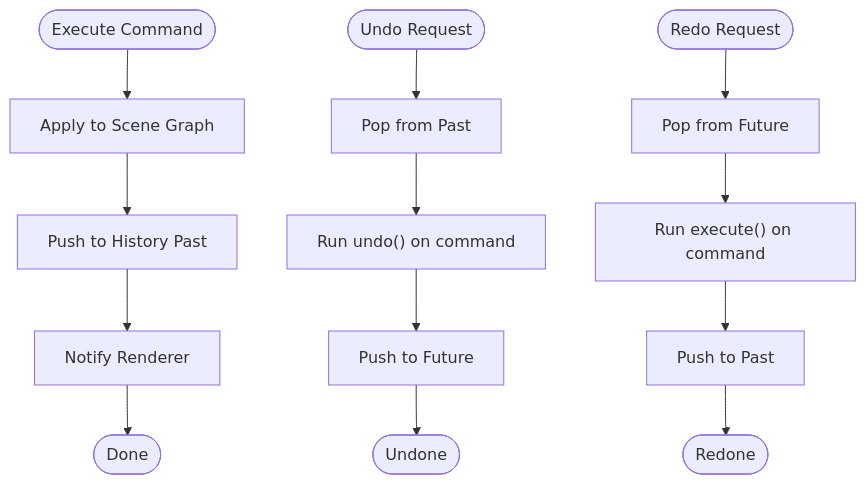
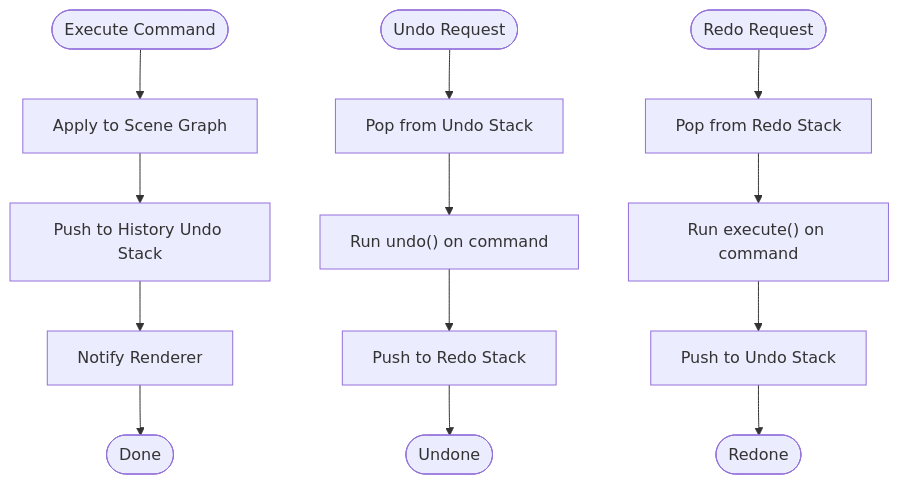
The sixth of 12 diagrams in .qoder/repowiki/en/content/Core Engine System/Core Engine System.md (Anna0314zy/ai_editor_enginer), drawn with Mermaid before and after one commit. The commit also changed other lines of this file and 41 other files, not shown here.

````diff
--- a/.qoder/repowiki/en/content/Core Engine System/Core Engine System.md
+++ b/.qoder/repowiki/en/content/Core Engine System/Core Engine System.md
@@ -285,15 +361,15 @@
 ```mermaid
 flowchart TD
 Start(["Execute Command"]) --> Apply["Apply to Scene Graph"]
-Apply --> Push["Push to History Past"]
+Apply --> Push["Push to History Undo Stack"]
 Push --> Notify["Notify Renderer"]
 Notify --> End(["Done"])
-UndoStart(["Undo Request"]) --> PopPast["Pop from Past"]
+UndoStart(["Undo Request"]) --> PopPast["Pop from Undo Stack"]
 PopPast --> RunUndo["Run undo() on command"]
-RunUndo --> PushFuture["Push to Future"]
+RunUndo --> PushFuture["Push to Redo Stack"]
 PushFuture --> UndoEnd(["Undone"])
-RedoStart(["Redo Request"]) --> PopFuture["Pop from Future"]
+RedoStart(["Redo Request"]) --> PopFuture["Pop from Redo Stack"]
 PopFuture --> RunRedo["Run execute() on command"]
-RunRedo --> PushPast["Push to Past"]
+RunRedo --> PushPast["Push to Undo Stack"]
 PushPast --> RedoEnd(["Redone"])
 ```
````
